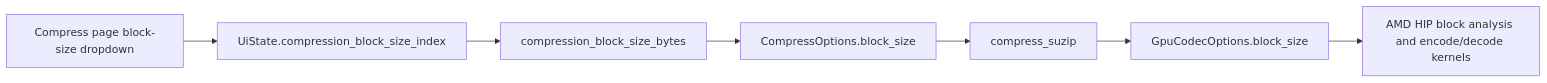
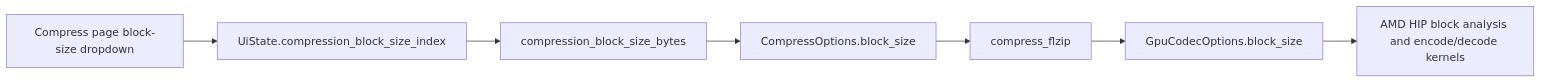
The second of 2 diagrams in docs/performance-block-size-validation.md (strmt7/FlitzZip), drawn with Mermaid before and after one commit. The commit also changed other lines of this file and 638 other files, not shown here.

````diff
--- a/docs/performance-block-size-validation.md
+++ b/docs/performance-block-size-validation.md
@@ -232,9 +232,9 @@
 ```mermaid
 flowchart LR
     UI["Compress page block-size dropdown"] --> State["UiState.compression_block_size_index"]
     State --> Map["compression_block_size_bytes"]
     Map --> Options["CompressOptions.block_size"]
-    Options --> Core["compress_suzip"]
+    Options --> Core["compress_flzip"]
     Core --> Codec["GpuCodecOptions.block_size"]
     Codec --> HIP["AMD HIP block analysis and encode/decode kernels"]
 ```
````
